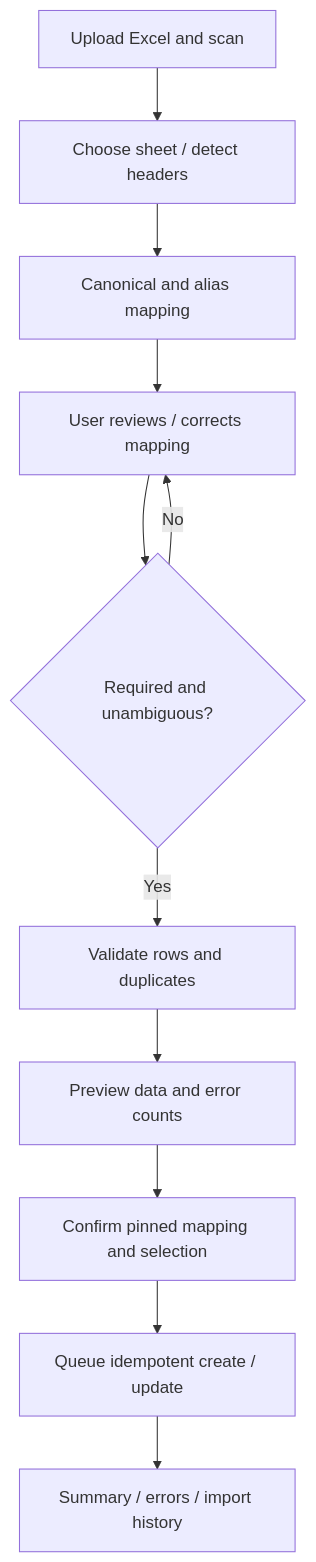
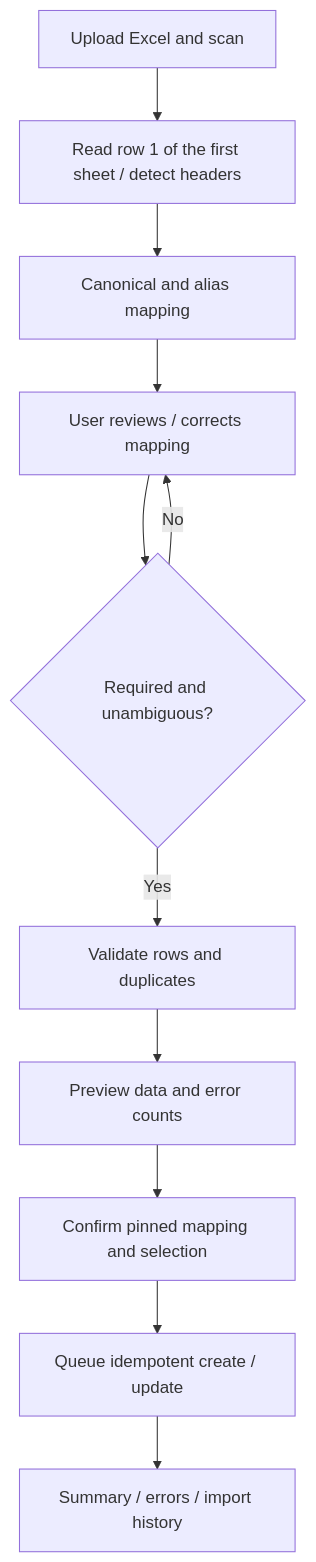
One commit to farisintexcode/Nexora-Project changed the second of 6 diagrams in Module.md. Above: the diagram before and after it, drawn with Mermaid. The commit also changed other lines of this file and 68 other files, not shown here.

````diff
--- a/Module.md
+++ b/Module.md
@@ -175,13 +175,13 @@
 ```mermaid
 flowchart TD
-    Upload[Upload Excel and scan] --> Headers[Choose sheet / detect headers]
+    Upload[Upload Excel and scan] --> Headers[Read row 1 of the first sheet / detect headers]
     Headers --> Auto[Canonical and alias mapping]
     Auto --> Review[User reviews / corrects mapping]
     Review --> Valid{Required and unambiguous?}
     Valid -->|No| Review
     Valid -->|Yes| Rows[Validate rows and duplicates]
     Rows --> Preview[Preview data and error counts]
     Preview --> Confirm[Confirm pinned mapping and selection]
     Confirm --> Queue[Queue idempotent create / update]
     Queue --> Result[Summary / errors / import history]
 ```
````
